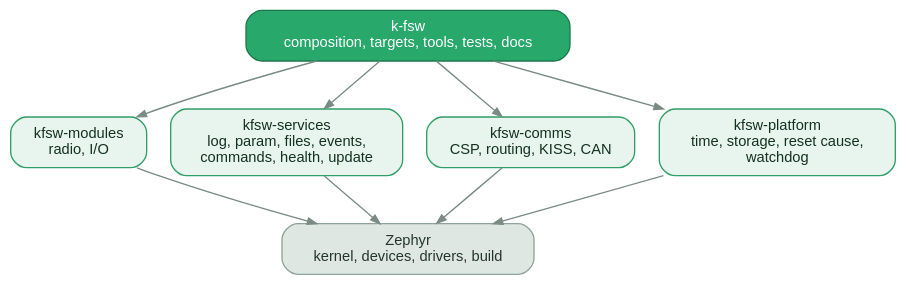
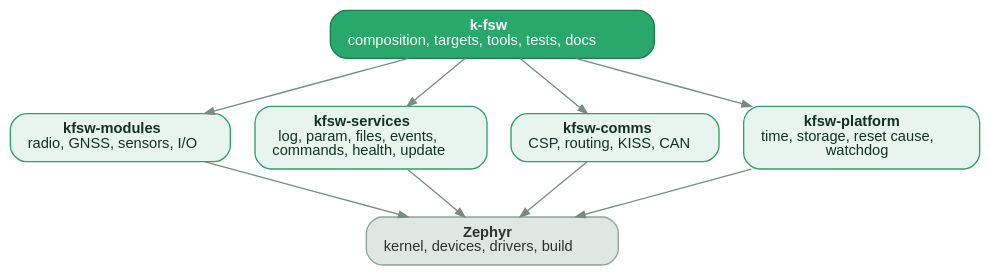
One commit to dgonzalez97/k-fsw changed the diagram in docs/media/layout.dot. Above: the diagram before and after it, drawn with Graphviz. The commit also changed 2 other files, not shown here.

```diff
--- a/docs/media/layout.dot
+++ b/docs/media/layout.dot
@@ -1,30 +1,30 @@
 /* The repository layout, rendered to SVG by tools/docs/diagrams.sh.
  *
  * Colours are given for both themes by using mid-tones that hold on a white
  * page and a dark one, since GitHub picks the reader's theme and an SVG cannot
  * ask which it got.
  */
 digraph kfsw {
 	bgcolor="transparent";
 	rankdir=TB;
 	node [shape=box, style="rounded,filled", fontname="Helvetica",
 	      fontsize=11, color="#2f9e68", fillcolor="#e8f5ee", fontcolor="#143122",
 	      margin="0.18,0.10"];
 	edge [color="#7a8b83", arrowsize=0.7];
 
-	app [label="k-fsw\ncomposition, targets, tools, tests, docs",
+	app [label=<<b>k-fsw</b><br/>composition, targets, tools, tests, docs>,
 	     fillcolor="#28a96b", fontcolor="#ffffff", color="#1c7a4d"];
 
-	modules  [label="kfsw-modules\nradio, I/O"];
-	services [label="kfsw-services\nlog, param, files, events,\ncommands, health, update"];
-	comms    [label="kfsw-comms\nCSP, routing, KISS, CAN"];
-	platform [label="kfsw-platform\ntime, storage, reset cause,\nwatchdog"];
+	modules  [label=<<b>kfsw-modules</b><br/>radio, GNSS, sensors, I/O>];
+	services [label=<<b>kfsw-services</b><br/>log, param, files, events,<br/>commands, health, update>];
+	comms    [label=<<b>kfsw-comms</b><br/>CSP, routing, KISS, CAN>];
+	platform [label=<<b>kfsw-platform</b><br/>time, storage, reset cause,<br/>watchdog>];
 
-	zephyr [label="Zephyr\nkernel, devices, drivers, build",
+	zephyr [label=<<b>Zephyr</b><br/>kernel, devices, drivers, build>,
 	        fillcolor="#dfe7e3", color="#8fa39a", fontcolor="#25352e"];
 
 	app -> {modules services comms platform};
 	{modules services comms platform} -> zephyr;
 
 	{rank=same; modules; services; comms; platform;}
 }
```
